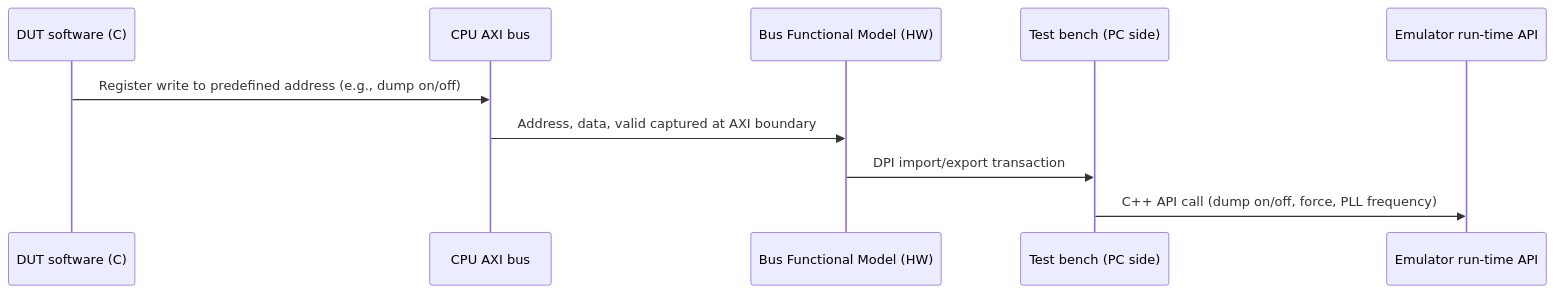
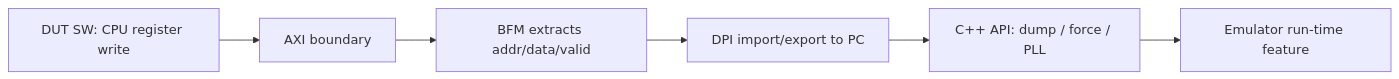
The diagram in docs/papers/ref-20261018-ba2c-a-novel-framework-to-accelerate-system-validation-on-emulati.md (nemo99007/yt-paper), drawn with Mermaid before and after one commit. The commit also changed other lines of this file and 172 other files, not shown here.

````diff
--- a/docs/papers/ref-20261018-ba2c-a-novel-framework-to-accelerate-system-validation-on-emulati.md
+++ b/docs/papers/ref-20261018-ba2c-a-novel-framework-to-accelerate-system-validation-on-emulati.md
@@ -199,12 +212,8 @@
 ```mermaid
-sequenceDiagram
-    participant SW as DUT software (C)
-    participant BUS as CPU AXI bus
-    participant BFM as Bus Functional Model (HW)
-    participant TB as Test bench (PC side)
-    participant EMU as Emulator run-time API
-    SW->>BUS: Register write to predefined address (e.g., dump on/off)
-    BUS->>BFM: Address, data, valid captured at AXI boundary
-    BFM->>TB: DPI import/export transaction
-    TB->>EMU: C++ API call (dump on/off, force, PLL frequency)
+flowchart LR
+  A[DUT SW: CPU register write] --> B[AXI boundary]
+  B --> C[BFM extracts addr/data/valid]
+  C --> D[DPI import/export to PC]
+  D --> E[C++ API: dump / force / PLL]
+  E --> F[Emulator run-time feature]
 ```
````
